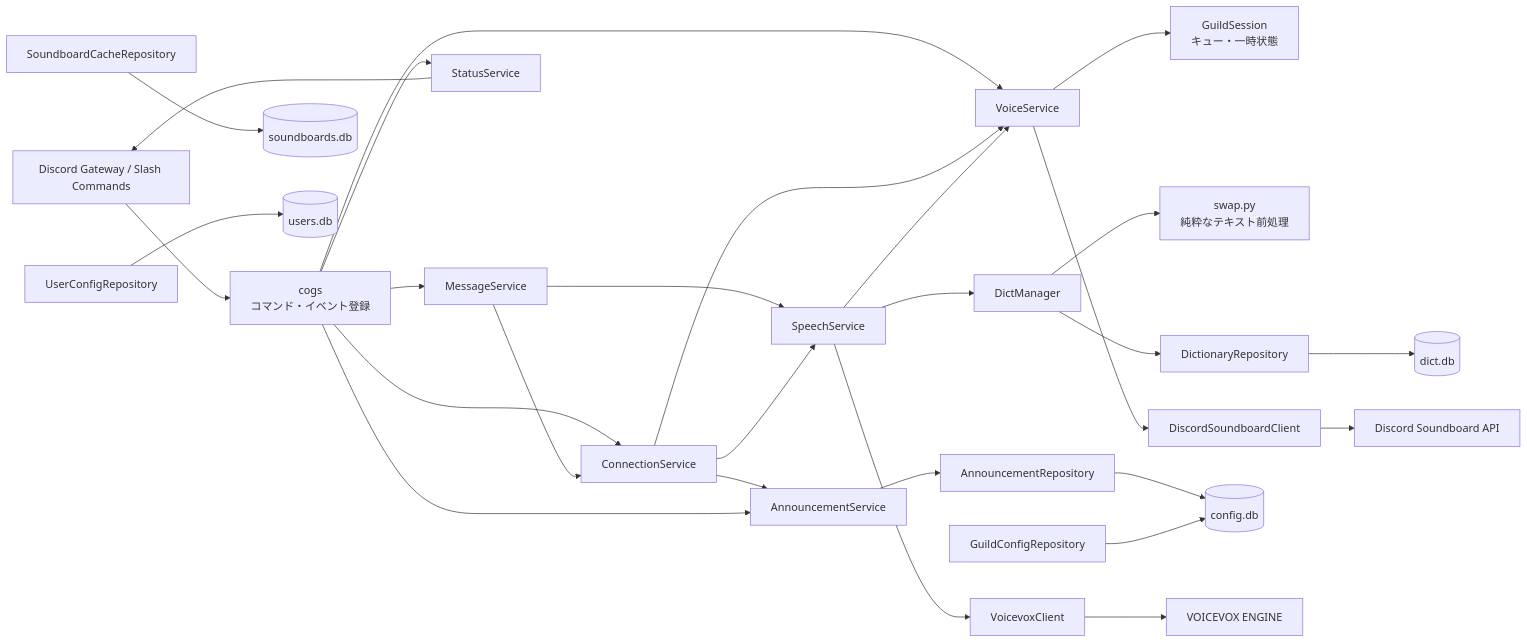
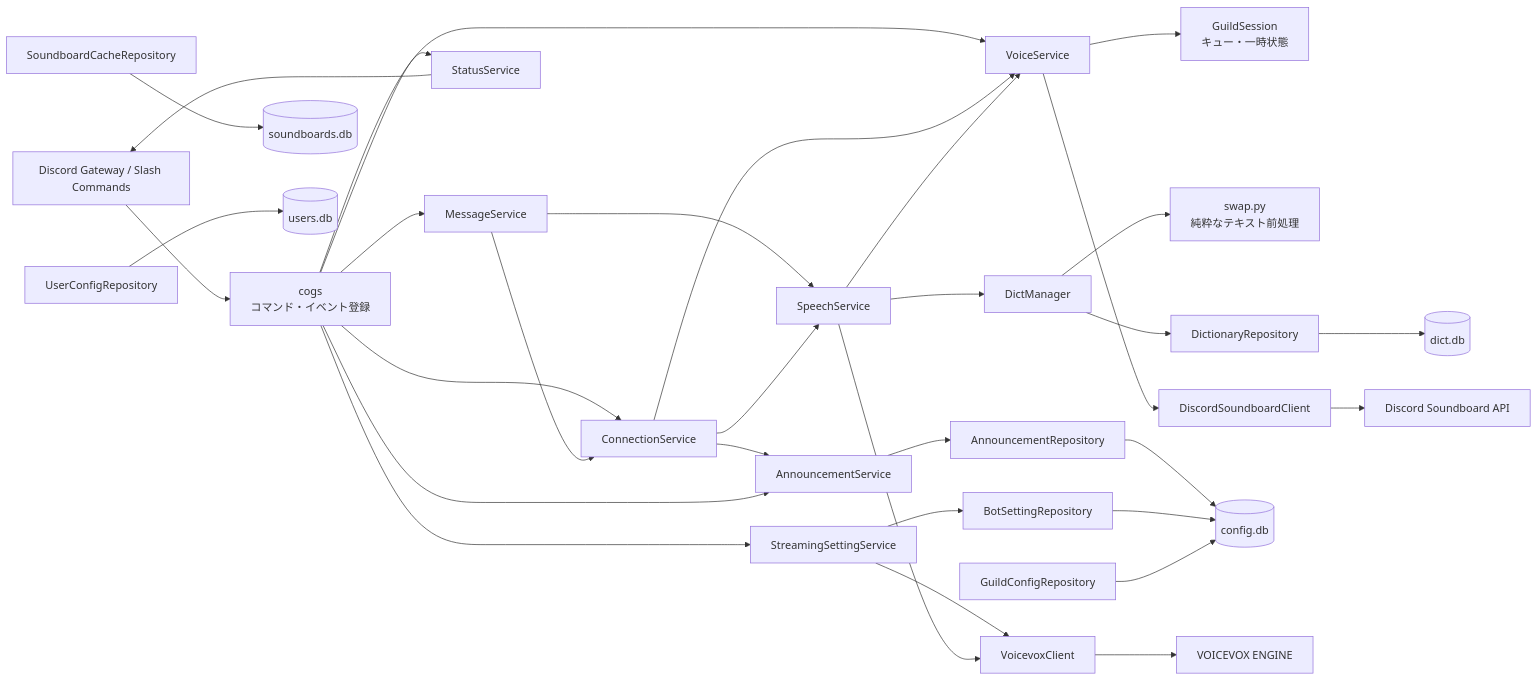
Before and after one commit to dora-ntmk/Tsumugium: the first of 5 diagrams in docs/ARCHITECTURE.md, drawn with Mermaid. The commit also changed other lines of this file and 21 other files, not shown here.

````diff
--- a/docs/ARCHITECTURE.md
+++ b/docs/ARCHITECTURE.md
@@ -7,55 +7,61 @@
 ```mermaid
 flowchart LR
     Discord["Discord Gateway / Slash Commands"]
     Cogs["cogs<br/>コマンド・イベント登録"]
     Message["MessageService"]
     Connection["ConnectionService"]
     Speech["SpeechService"]
     Voice["VoiceService"]
     Status["StatusService"]
     Session["GuildSession<br/>キュー・一時状態"]
     Swap["swap.py<br/>純粋なテキスト前処理"]
     Dictionary["DictManager"]
     ConfigRepo["GuildConfigRepository"]
     DictRepo["DictionaryRepository"]
     SoundRepo["SoundboardCacheRepository"]
     UserRepo["UserConfigRepository"]
     Announcement["AnnouncementService"]
     AnnouncementRepo["AnnouncementRepository"]
+    StreamingSetting["StreamingSettingService"]
+    BotSettingRepo["BotSettingRepository"]
     Voicevox["VoicevoxClient"]
     SoundClient["DiscordSoundboardClient"]
     ConfigDB[("config.db")]
     DictDB[("dict.db")]
     SoundDB[("soundboards.db")]
     UserDB[("users.db")]
     Engine["VOICEVOX ENGINE"]
     SoundAPI["Discord Soundboard API"]
 
     Discord --> Cogs
     Cogs --> Message
     Cogs --> Connection
     Cogs --> Voice
     Cogs --> Status
     Status --> Discord
     Message --> Connection
     Message --> Speech
     Connection --> Speech
     Connection --> Voice
     Connection --> Announcement
     Cogs --> Announcement
     Announcement --> AnnouncementRepo
     AnnouncementRepo --> ConfigDB
+    Cogs --> StreamingSetting
+    StreamingSetting --> BotSettingRepo
+    StreamingSetting --> Voicevox
+    BotSettingRepo --> ConfigDB
     Speech --> Dictionary
     Dictionary --> DictRepo
     Dictionary --> Swap
     Speech --> Voicevox
     Speech --> Voice
     Voice --> Session
     Voice --> SoundClient
     ConfigRepo --> ConfigDB
     DictRepo --> DictDB
     SoundRepo --> SoundDB
     UserRepo --> UserDB
     Voicevox --> Engine
     SoundClient --> SoundAPI
 ```
````
